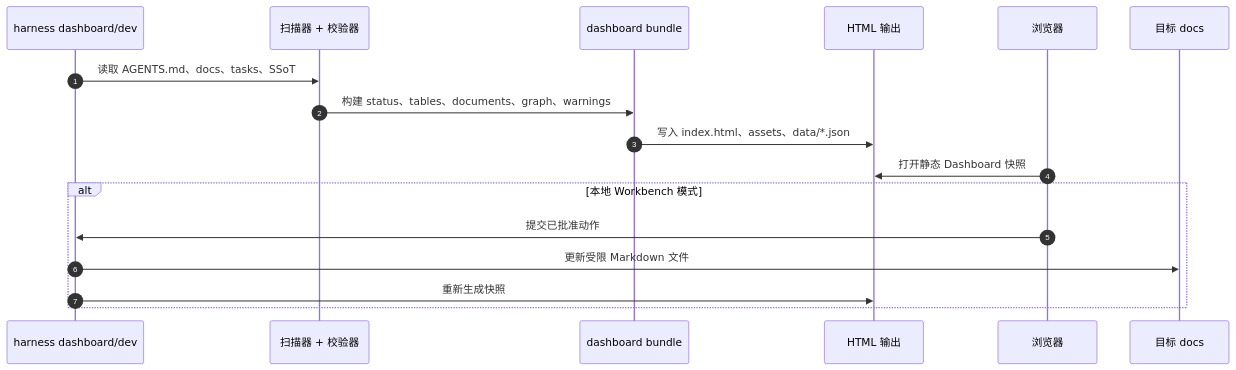
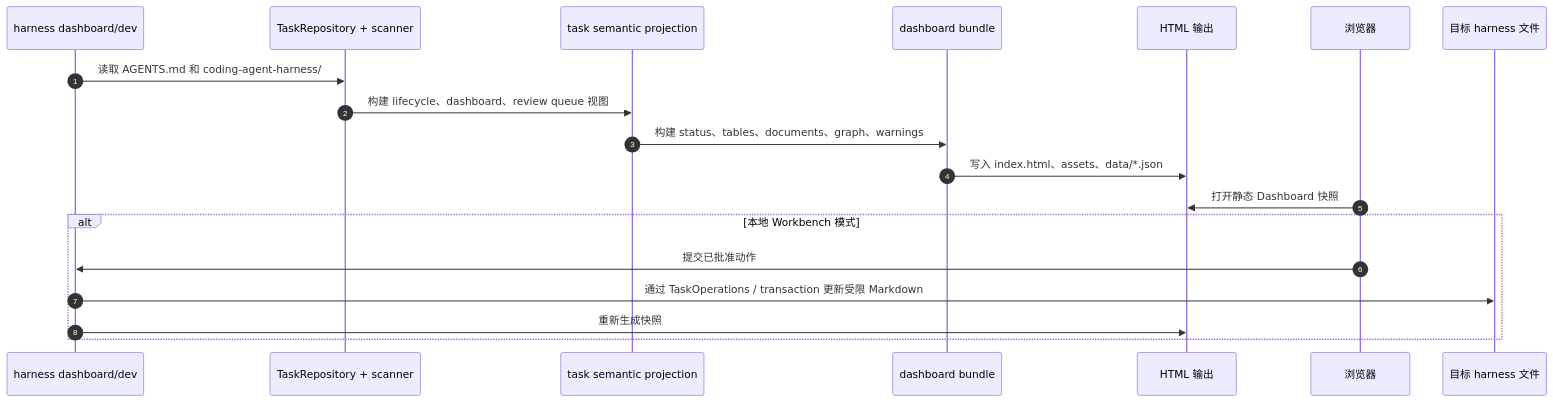
Before and after one commit to FairladyZ625/coding-agent-harness: the fifth of 11 diagrams in docs-release/architecture/overview.zh-CN.md, drawn with Mermaid. The commit also changed other lines of this file and 13 other files, not shown here.

Commit message:
docs: align release architecture docs

````diff
--- a/docs-release/architecture/overview.zh-CN.md
+++ b/docs-release/architecture/overview.zh-CN.md
@@ -121,20 +128,22 @@
 ```mermaid
 sequenceDiagram
   autonumber
   participant CLI as harness dashboard/dev
-  participant Scanner as 扫描器 + 校验器
+  participant Repo as TaskRepository + scanner
+  participant Projection as task semantic projection
   participant Bundle as dashboard bundle
   participant Output as HTML 输出
   participant Browser as 浏览器
-  participant Target as 目标 docs
+  participant Target as 目标 harness 文件
 
-  CLI->>Scanner: 读取 AGENTS.md、docs、tasks、SSoT
-  Scanner->>Bundle: 构建 status、tables、documents、graph、warnings
+  CLI->>Repo: 读取 AGENTS.md 和 coding-agent-harness/
+  Repo->>Projection: 构建 lifecycle、dashboard、review queue 视图
+  Projection->>Bundle: 构建 status、tables、documents、graph、warnings
   Bundle->>Output: 写入 index.html、assets、data/*.json
   Browser->>Output: 打开静态 Dashboard 快照
   alt 本地 Workbench 模式
     Browser->>CLI: 提交已批准动作
-    CLI->>Target: 更新受限 Markdown 文件
+    CLI->>Target: 通过 TaskOperations / transaction 更新受限 Markdown
     CLI->>Output: 重新生成快照
   end
 ```
````
